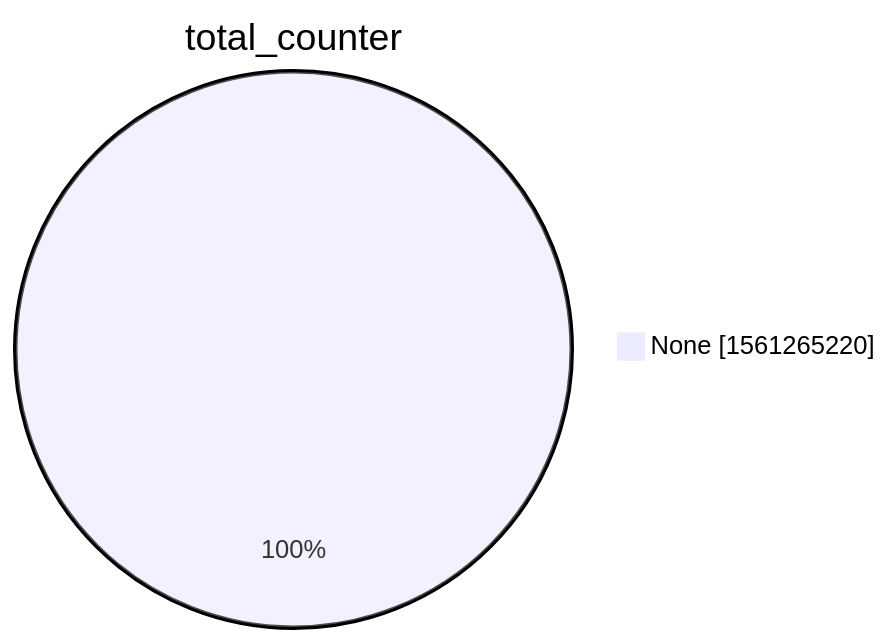
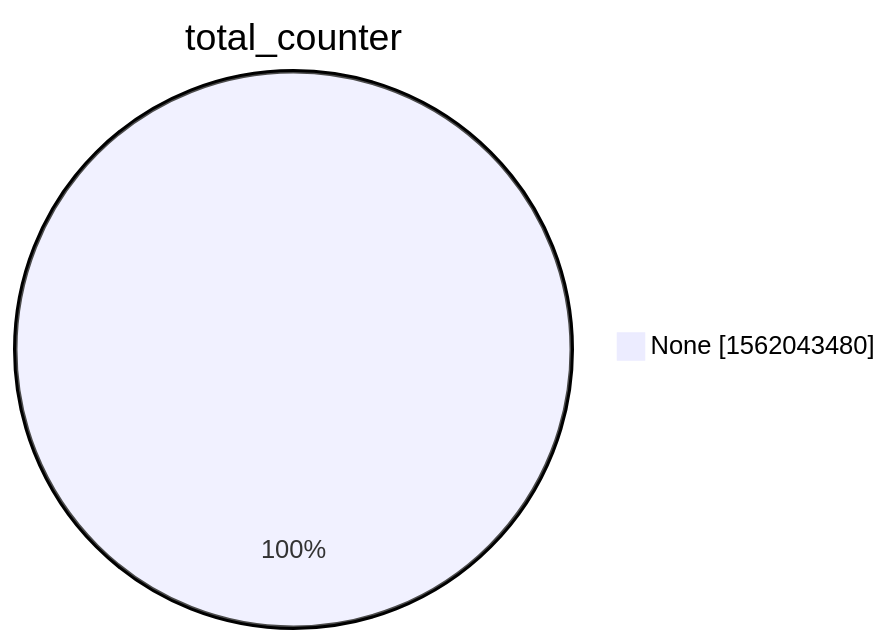
One commit to christiankrug/ctmonitor_visualization changed the second of 15 diagrams in xenon2022/README.md. Above: the diagram before and after it, drawn with Mermaid. The commit also changed other lines of this file, not shown here.

````diff
--- a/xenon2022/README.md
+++ b/xenon2022/README.md
@@ -9,5 +9,5 @@
 ```mermaid
 pie showData
 title total_counter
-"None" :1561265220
+"None" :1562043480
 ```
````
